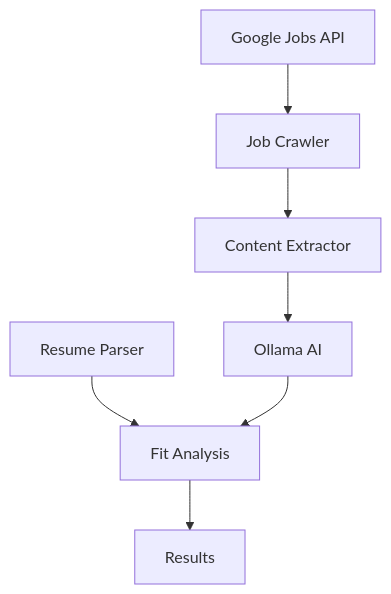
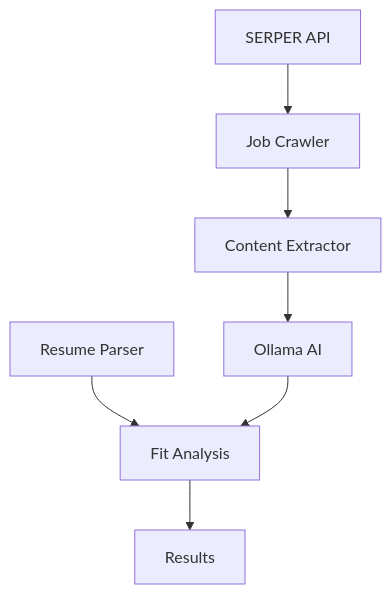
One commit to tbhogstrom/job_hunt_slidev changed the diagram in slides.md. Above: the diagram before and after it, drawn with Mermaid. The commit also changed other lines of this file, not shown here.

Commit message:
SERPER not Google Jobs API

````diff
--- a/slides.md
+++ b/slides.md
@@ -40,9 +40,9 @@
 ```mermaid {scale: 0.7}
 graph TD
-    A[Google Jobs API] --> B[Job Crawler]
+    A[SERPER API] --> B[Job Crawler]
     B --> C[Content Extractor]
     C --> D[Ollama AI]
     E[Resume Parser] --> F[Fit Analysis]
     D --> F
     F --> G[Results]
 ```
````
